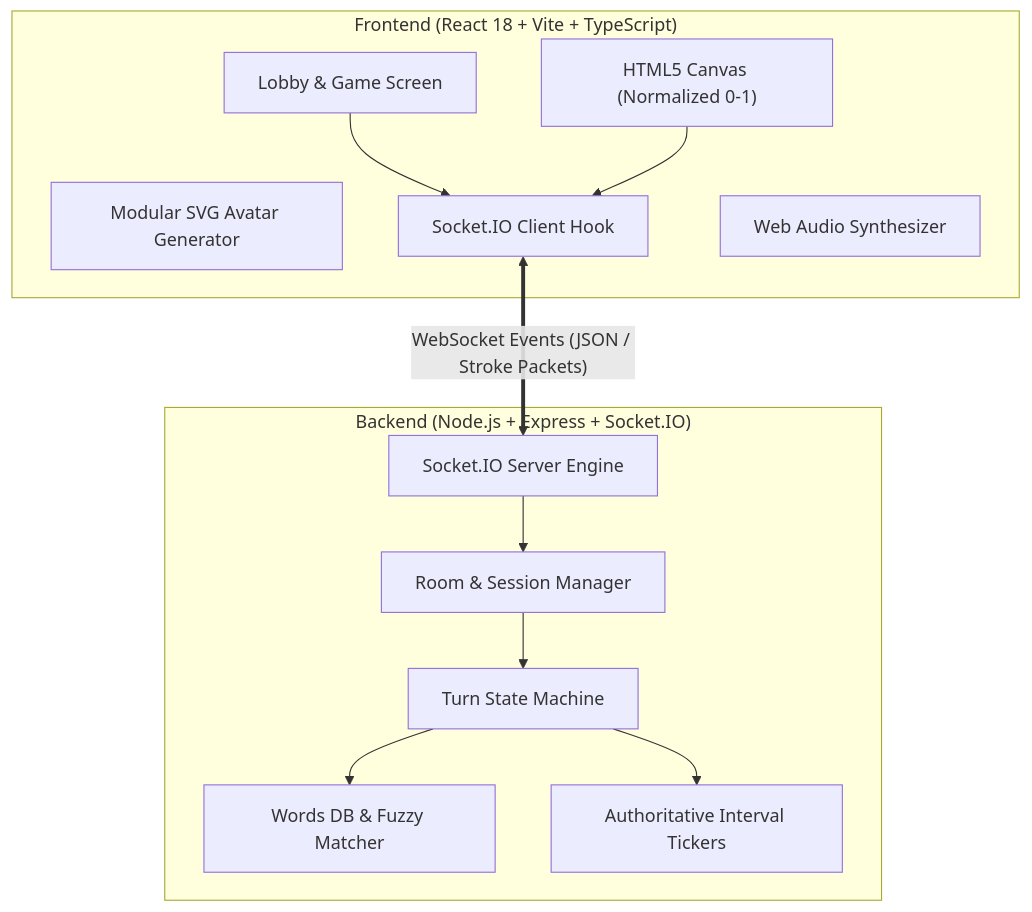
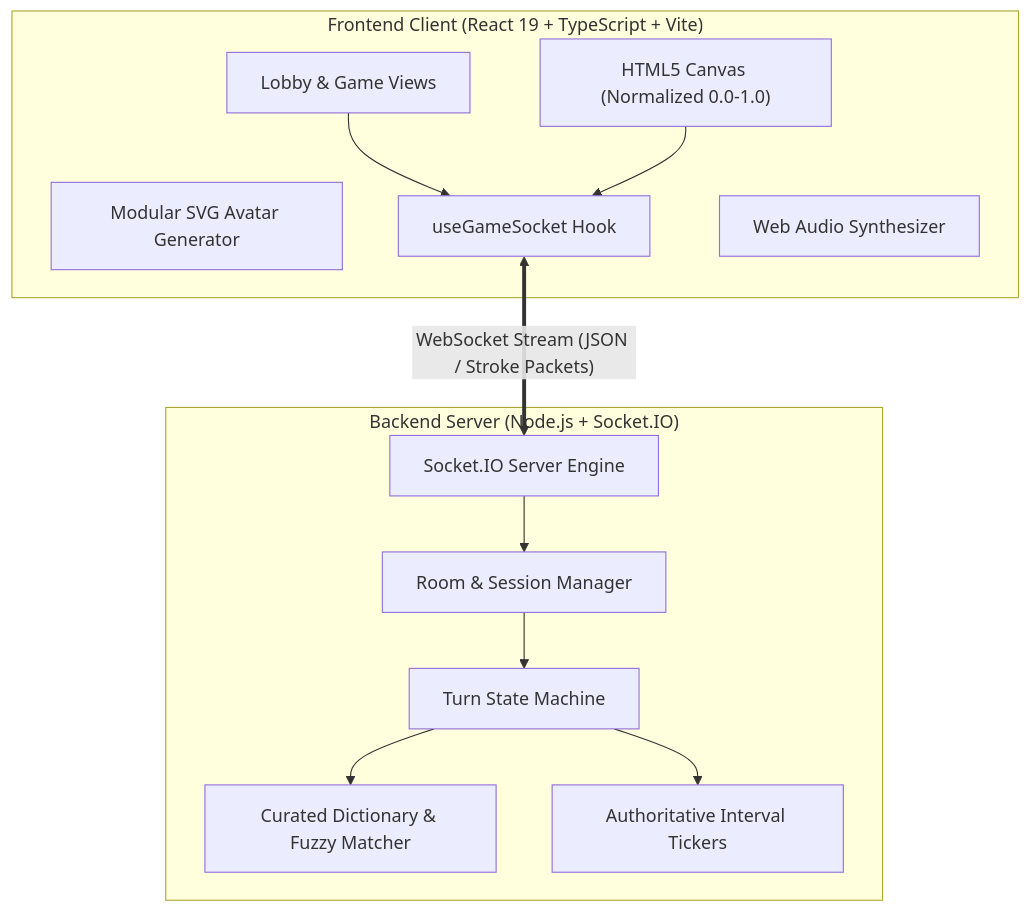
The diagram in README.md (arpan-jain-2006/DrawBattle-multiplayer), drawn with Mermaid before and after one commit. The commit also changed other lines of this file and 1 other file, not shown here.

````diff
--- a/README.md
+++ b/README.md
@@ -55,26 +136,26 @@
 ```mermaid
 graph TD
-    subgraph Client ["Frontend (React 18 + Vite + TypeScript)"]
-        UI["Lobby & Game Screen"]
-        Canvas["HTML5 Canvas (Normalized 0-1)"]
+    subgraph Client ["Frontend Client (React 19 + TypeScript + Vite)"]
+        UI["Lobby & Game Views"]
+        Canvas["HTML5 Canvas (Normalized 0.0-1.0)"]
         Avatar["Modular SVG Avatar Generator"]
-        SocketClient["Socket.IO Client Hook"]
+        SocketHook["useGameSocket Hook"]
         Audio["Web Audio Synthesizer"]
     end
 
-    subgraph Server ["Backend (Node.js + Express + Socket.IO)"]
+    subgraph Server ["Backend Server (Node.js + Socket.IO)"]
         SocketServer["Socket.IO Server Engine"]
         RoomMgr["Room & Session Manager"]
-        GameEngine["Turn State Machine"]
-        WordDict["Words DB & Fuzzy Matcher"]
+        StateMachine["Turn State Machine"]
+        WordDict["Curated Dictionary & Fuzzy Matcher"]
         TimerService["Authoritative Interval Tickers"]
     end
 
-    UI --> SocketClient
-    Canvas --> SocketClient
-    SocketClient <==>|"WebSocket Events (JSON / Stroke Packets)"| SocketServer
+    UI --> SocketHook
+    Canvas --> SocketHook
+    SocketHook <==>|"WebSocket Stream (JSON / Stroke Packets)"| SocketServer
     SocketServer --> RoomMgr
-    RoomMgr --> GameEngine
-    GameEngine --> WordDict
-    GameEngine --> TimerService
+    RoomMgr --> StateMachine
+    StateMachine --> WordDict
+    StateMachine --> TimerService
 ```
````
